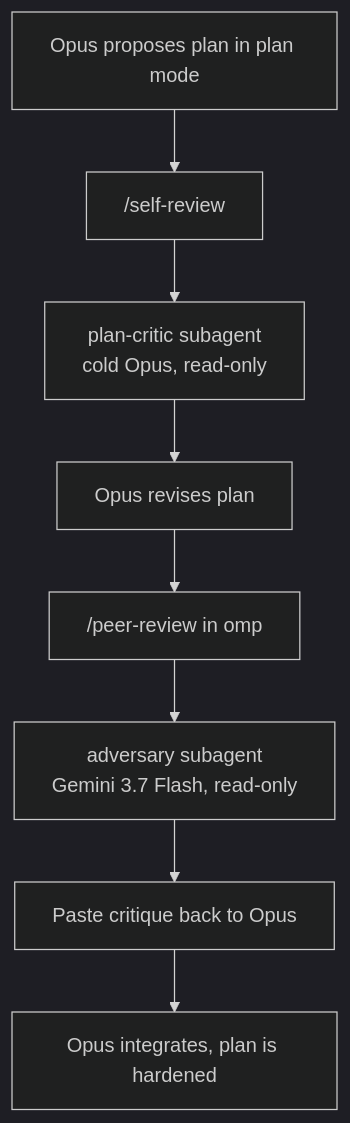
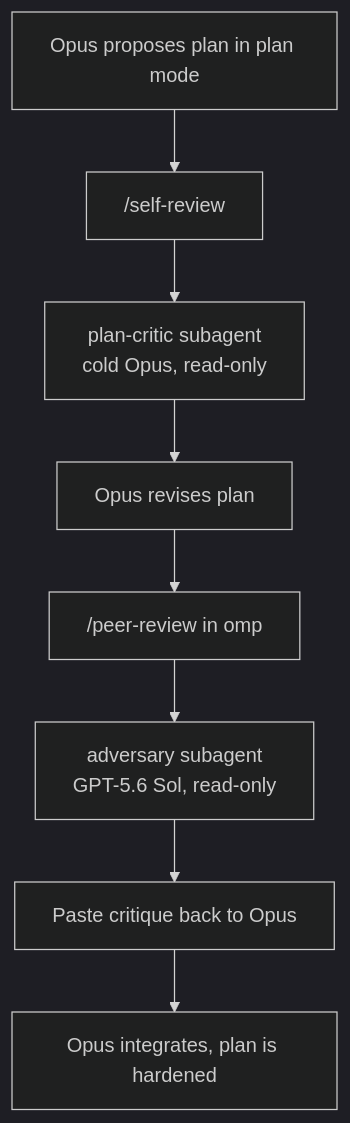
Before and after one commit to sudakshsoti/agent-config: the diagram in docs/two-stage-plan-review.md, drawn with Mermaid (dark theme). The commit also changed other lines of this file and 3 other files, not shown here.

````diff
--- a/docs/two-stage-plan-review.md
+++ b/docs/two-stage-plan-review.md
@@ -25,10 +25,10 @@
 ```mermaid
 graph TD
     A[Opus proposes plan in plan mode] --> B["/self-review"]
     B --> C[plan-critic subagent<br/>cold Opus, read-only]
     C --> D[Opus revises plan]
     D --> E["/peer-review in omp"]
-    E --> F["adversary subagent<br/>Gemini 3.7 Flash, read-only"]
+    E --> F["adversary subagent<br/>GPT-5.6 Sol, read-only"]
     F --> H[Paste critique back to Opus]
     H --> I[Opus integrates, plan is hardened]
 ```
````
